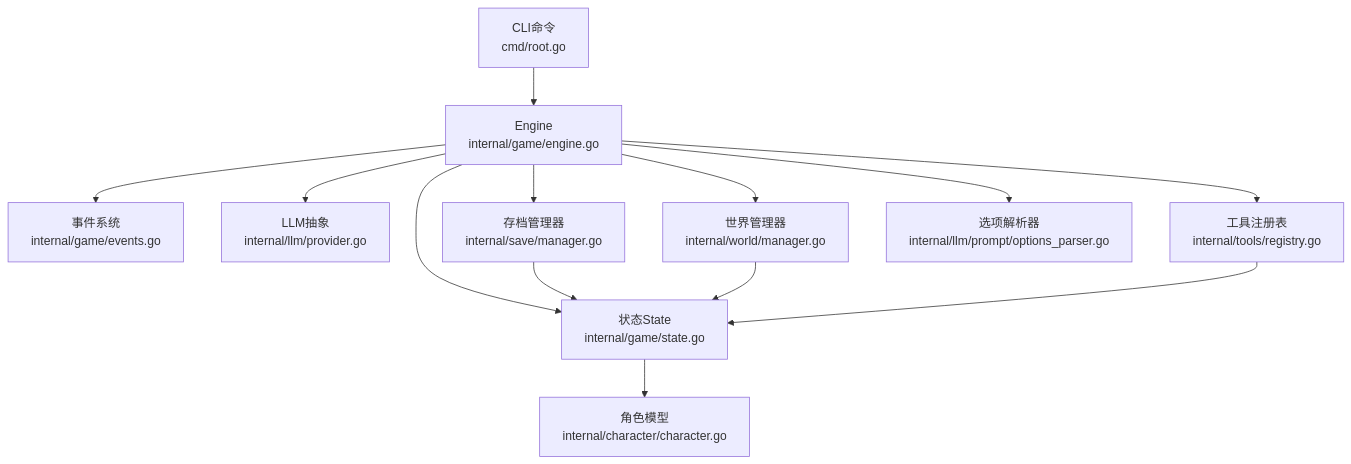
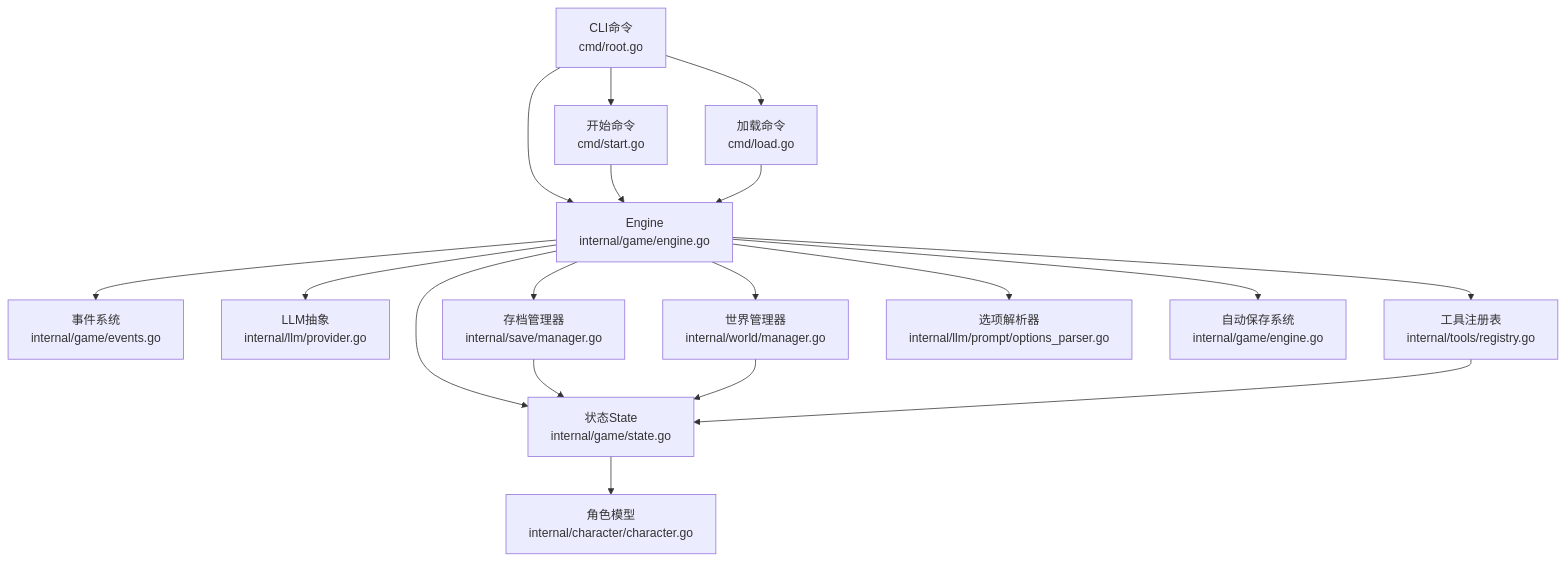
The second of 13 diagrams in .qoder/repowiki/zh/content/游戏引擎架构/游戏引擎架构.md (zwh8800/cdnd), drawn with Mermaid before and after one commit. The commit also changed other lines of this file and 23 other files, not shown here.

````diff
--- a/.qoder/repowiki/zh/content/游戏引擎架构/游戏引擎架构.md
+++ b/.qoder/repowiki/zh/content/游戏引擎架构/游戏引擎架构.md
@@ -156,15 +172,20 @@
 ```mermaid
 graph TB
 CLI["CLI命令<br/>cmd/root.go"] --> ENG["Engine<br/>internal/game/engine.go"]
+CLI --> START["开始命令<br/>cmd/start.go"]
+CLI --> LOAD["加载命令<br/>cmd/load.go"]
 ENG --> EVT["事件系统<br/>internal/game/events.go"]
 ENG --> ST["状态State<br/>internal/game/state.go"]
 ENG --> LLM["LLM抽象<br/>internal/llm/provider.go"]
 ENG --> TR["工具注册表<br/>internal/tools/registry.go"]
 ENG --> WR["世界管理器<br/>internal/world/manager.go"]
 ENG --> SV["存档管理器<br/>internal/save/manager.go"]
 ENG --> OPTPARSE["选项解析器<br/>internal/llm/prompt/options_parser.go"]
+ENG --> AS["自动保存系统<br/>internal/game/engine.go"]
 ST --> CH["角色模型<br/>internal/character/character.go"]
 SV --> ST
 WR --> ST
 TR --> ST
+START --> ENG
+LOAD --> ENG
 ```
````
